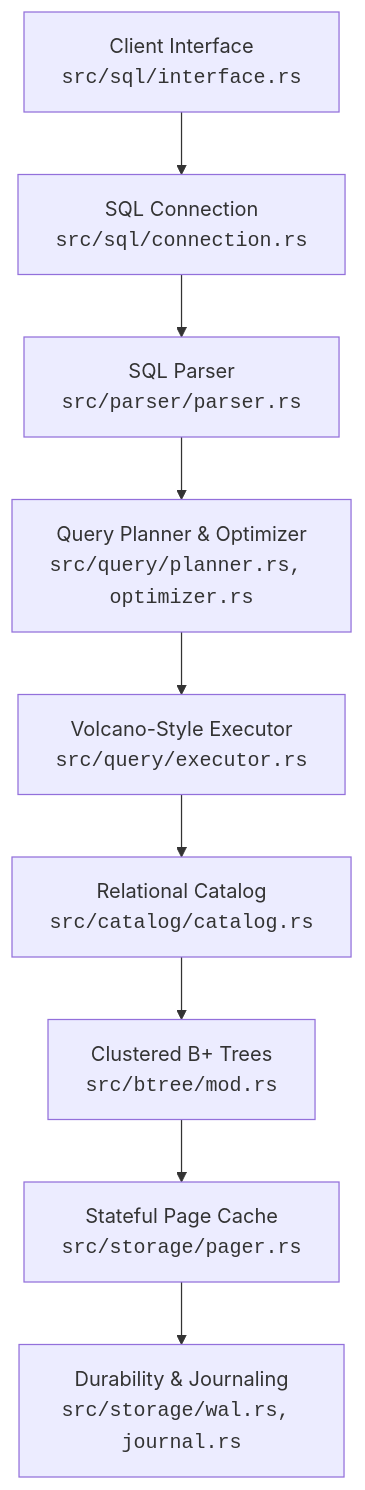
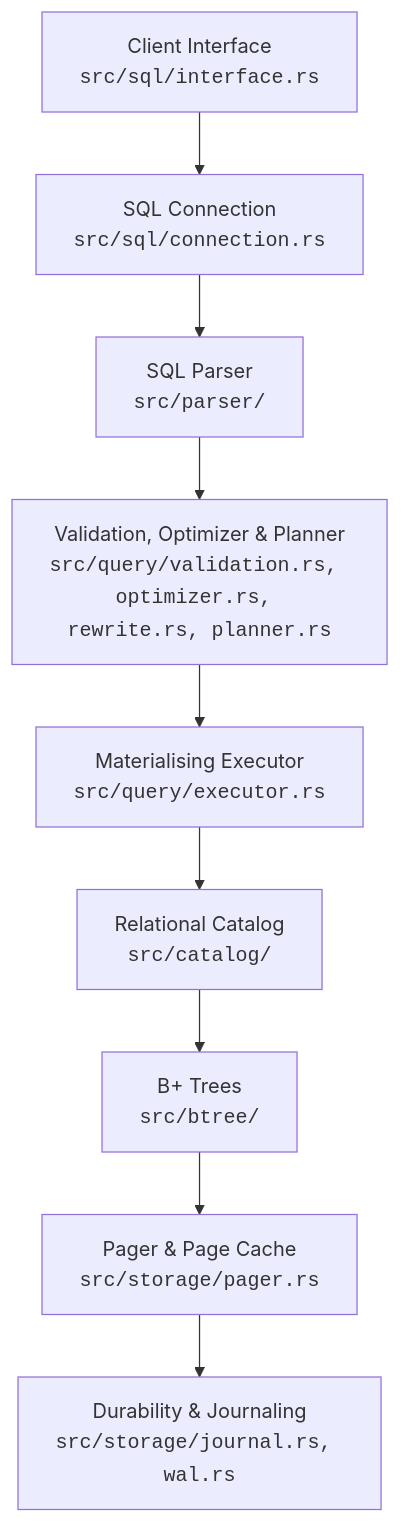
The first of 2 diagrams in docs/architecture.md (nathy-cpu/hematite), drawn with Mermaid before and after one commit. The commit also changed other lines of this file and 85 other files, not shown here.

````diff
--- a/docs/architecture.md
+++ b/docs/architecture.md
@@ -13,11 +13,11 @@
 ```mermaid
 flowchart TD
     Client["Client Interface<br><code>src/sql/interface.rs</code>"] --> SQLConn["SQL Connection<br><code>src/sql/connection.rs</code>"]
-    SQLConn --> Parser["SQL Parser<br><code>src/parser/parser.rs</code>"]
-    Parser --> Planner["Query Planner & Optimizer<br><code>src/query/planner.rs, optimizer.rs</code>"]
-    Planner --> Executor["Volcano-Style Executor<br><code>src/query/executor.rs</code>"]
-    Executor --> Catalog["Relational Catalog<br><code>src/catalog/catalog.rs</code>"]
-    Catalog --> BTree["Clustered B+ Trees<br><code>src/btree/mod.rs</code>"]
-    BTree --> Pager["Stateful Page Cache<br><code>src/storage/pager.rs</code>"]
-    Pager --> Durability["Durability & Journaling<br><code>src/storage/wal.rs, journal.rs</code>"]
+    SQLConn --> Parser["SQL Parser<br><code>src/parser/</code>"]
+    Parser --> Planner["Validation, Optimizer & Planner<br><code>src/query/validation.rs, optimizer.rs, rewrite.rs, planner.rs</code>"]
+    Planner --> Executor["Materialising Executor<br><code>src/query/executor.rs</code>"]
+    Executor --> Catalog["Relational Catalog<br><code>src/catalog/</code>"]
+    Catalog --> BTree["B+ Trees<br><code>src/btree/</code>"]
+    BTree --> Pager["Pager & Page Cache<br><code>src/storage/pager.rs</code>"]
+    Pager --> Durability["Durability & Journaling<br><code>src/storage/journal.rs, wal.rs</code>"]
 ```
````
